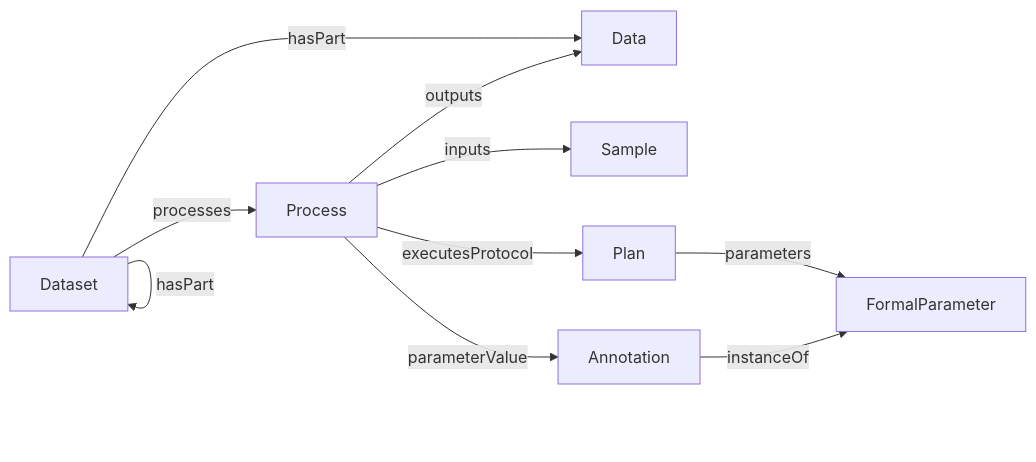
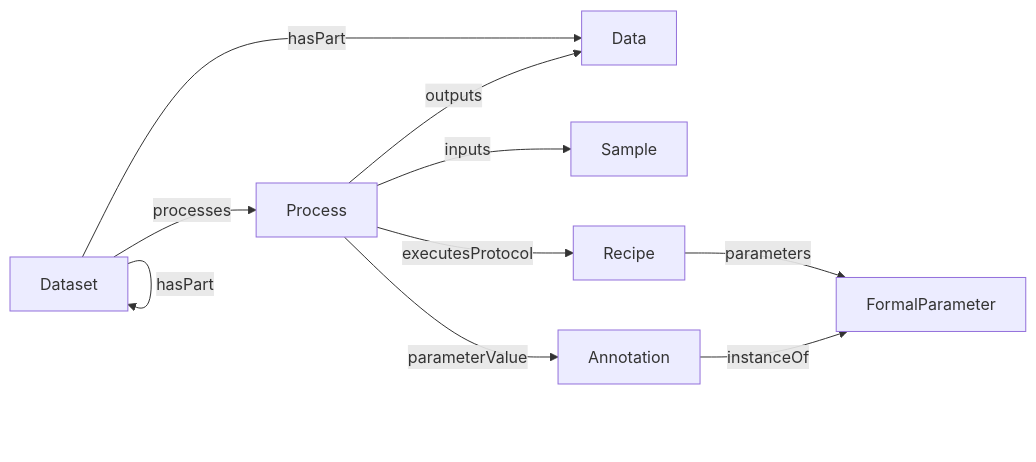
One commit to HLWeil/ProcessCore changed the diagram in docs/spec/core/overview.md. Above: the diagram before and after it, drawn with Mermaid. The commit also changed other lines of this file and 71 other files, not shown here.

Commit message:
rename plan to recipe

````diff
--- a/docs/spec/core/overview.md
+++ b/docs/spec/core/overview.md
@@ -27,12 +27,12 @@
 ```mermaid
 flowchart LR
     Dataset --processes--> Process
     Dataset --hasPart--> Data
     Dataset --hasPart--> Dataset
     Process --inputs--> Sample
     Process --"outputs"--> Data
-    Process --executesProtocol--> Plan
+    Process --executesProtocol--> Recipe
     Process --parameterValue--> Annotation
-    Plan --parameters--> FormalParameter
+    Recipe --parameters--> FormalParameter
     Annotation --instanceOf--> FormalParameter
 ```
````
